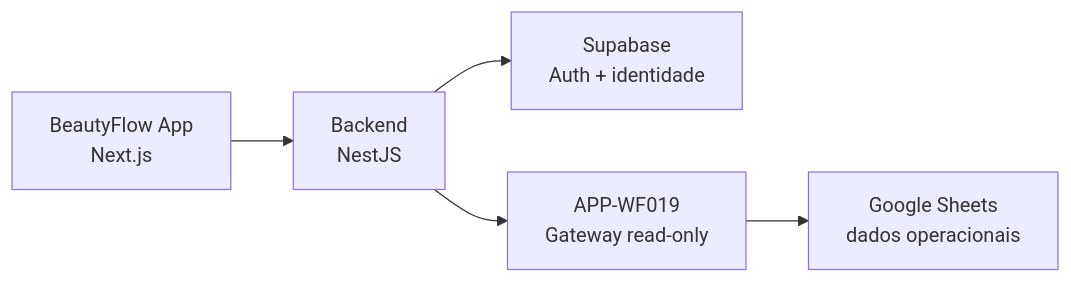
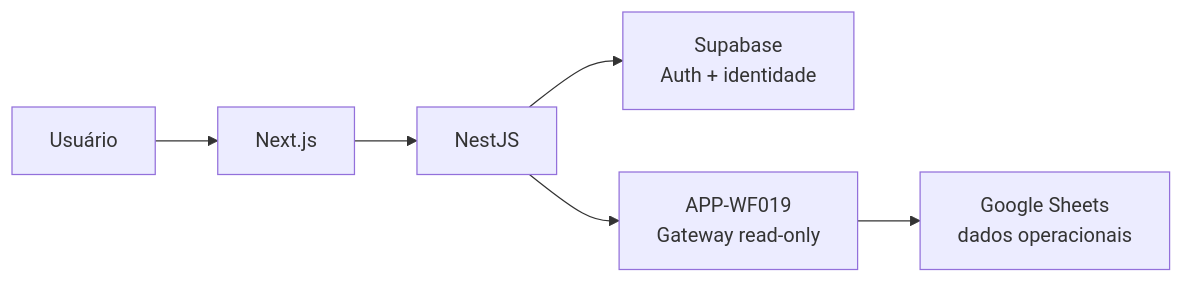
One commit to Kelencs/beautyflow-ai changed the third of 4 diagrams in README.md. Above: the diagram before and after it, drawn with Mermaid. The commit also changed other lines of this file and 3 other files, not shown here.

First line of the commit message:
docs: sync BeautyFlow after real Agenda homologation

````diff
--- a/README.md
+++ b/README.md
@@ -161,7 +117,8 @@
 ```mermaid
 flowchart LR
-    A["BeautyFlow App<br/>Next.js"] --> B["Backend<br/>NestJS"]
-    B --> C["Supabase<br/>Auth + identidade"]
-    B --> D["APP-WF019<br/>Gateway read-only"]
-    D --> E["Google Sheets<br/>dados operacionais"]
+    A["Usuário"] --> B["Next.js"]
+    B --> C["NestJS"]
+    C --> D["Supabase<br/>Auth + identidade"]
+    C --> E["APP-WF019<br/>Gateway read-only"]
+    E --> F["Google Sheets<br/>dados operacionais"]
 ```
````
